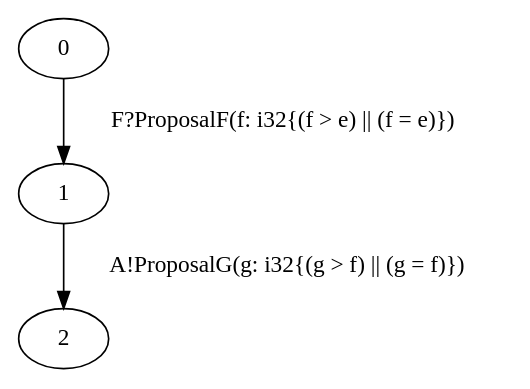
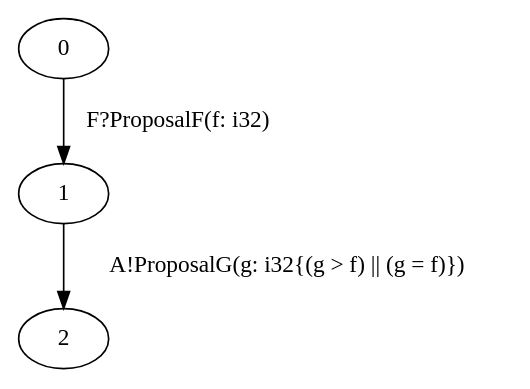
One commit to qixi5703/rumpsteak changed the diagram in examples/Running examples/ring_max/G_expected.dot. Above: the diagram before and after it, drawn with Graphviz. The commit also changed other lines of this file and 7 other files, not shown here.

```diff
--- a/examples/Running examples/ring_max/G_expected.dot
+++ b/examples/Running examples/ring_max/G_expected.dot
@@ -1,11 +1,11 @@
 digraph G {
   0;
   1;
   2;
   
   
-  0 -> 1 [label="F?ProposalF(f: i32{(f > e) || (f = e)})",
+  0 -> 1 [label="F?ProposalF(f: i32)",
           ];
   1 -> 2 [label="A!ProposalG(g: i32{(g > f) || (g = f)})", ];
   
   }
```
